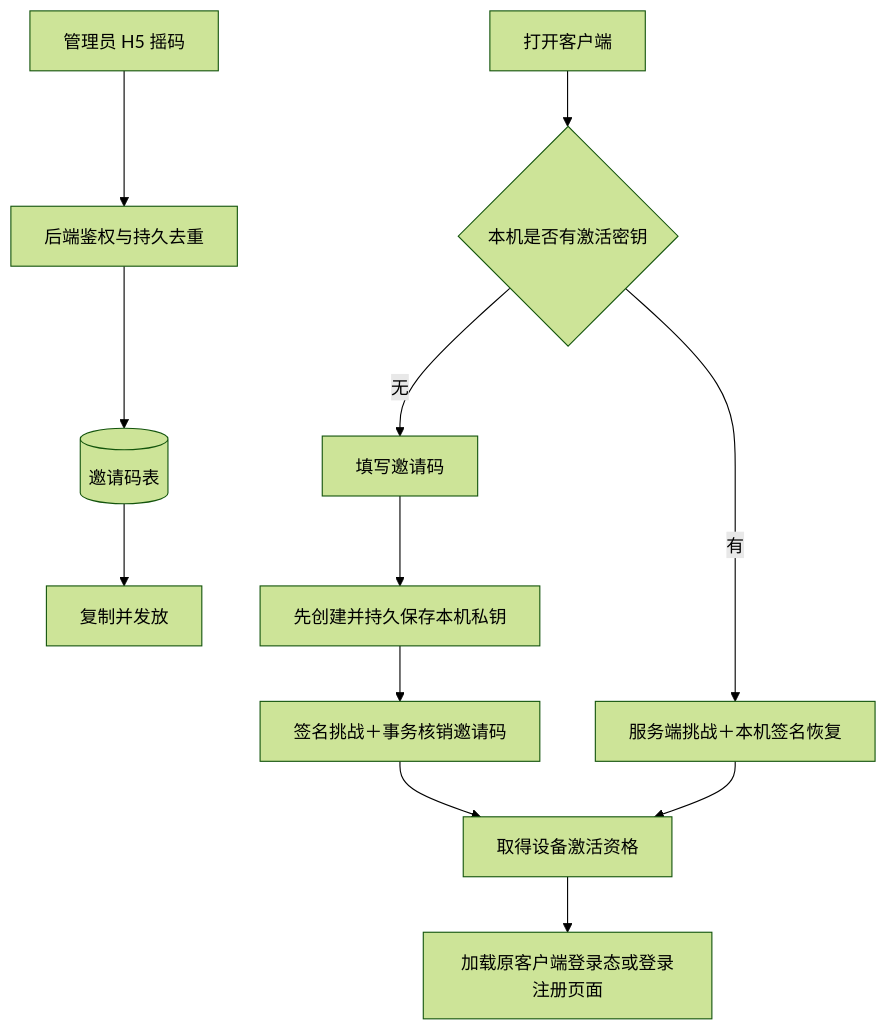
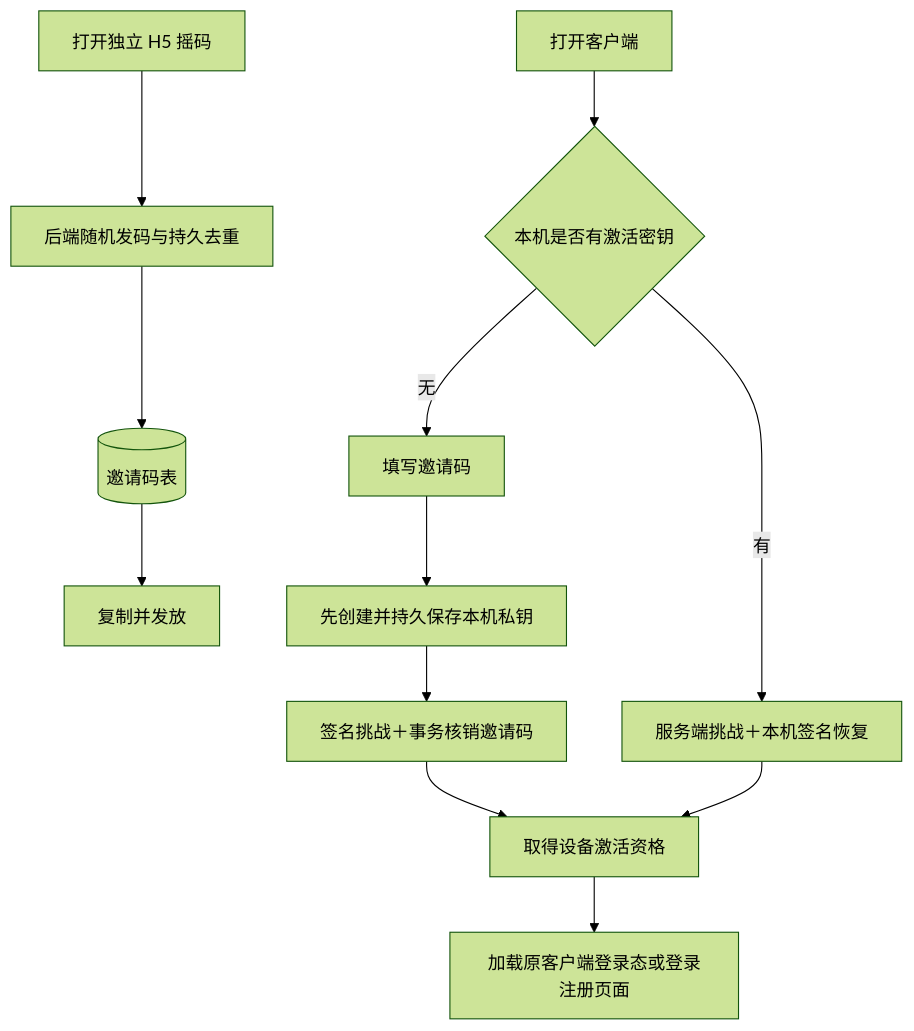
Before and after one commit to Leo-Mintal/minduck-matter-desktop: the diagram in docs/desktop-invite-activation-plan.md, drawn with Mermaid (forest theme). The commit also changed other lines of this file and 71 other files, not shown here.

````diff
--- a/docs/desktop-invite-activation-plan.md
+++ b/docs/desktop-invite-activation-plan.md
@@ -39,14 +41,14 @@
 ```mermaid
 flowchart TD
-  A[管理员 H5 摇码] --> B[后端鉴权与持久去重]
+  A[打开独立 H5 摇码] --> B[后端随机发码与持久去重]
   B --> C[(邀请码表)]
   C --> D[复制并发放]
   E[打开客户端] --> F{本机是否有激活密钥}
   F -->|有| G[服务端挑战＋本机签名恢复]
   F -->|无| H[填写邀请码]
   H --> I[先创建并持久保存本机私钥]
   I --> J[签名挑战＋事务核销邀请码]
   J --> K[取得设备激活资格]
   G --> K
   K --> L[加载原客户端登录态或登录注册页面]
 ```
````
